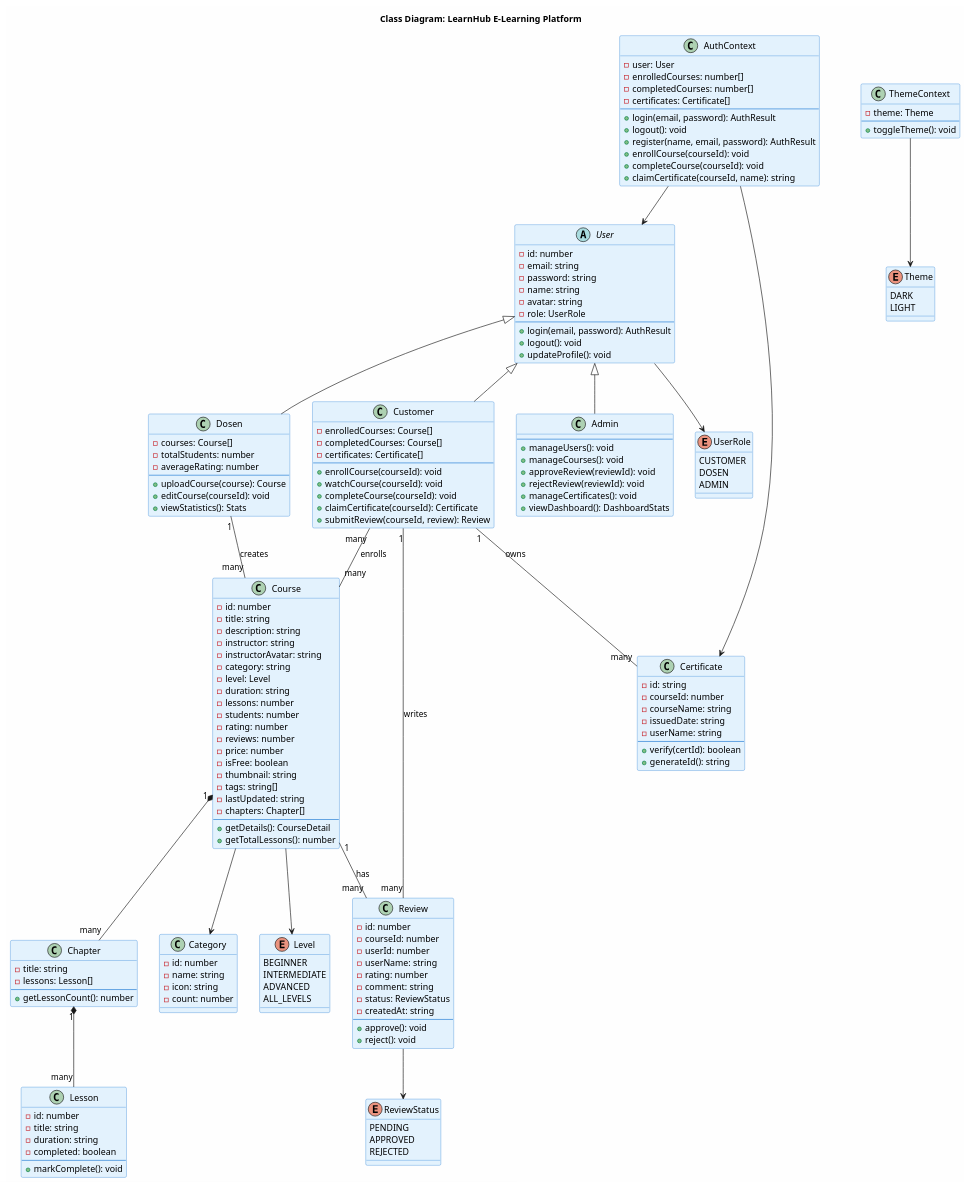
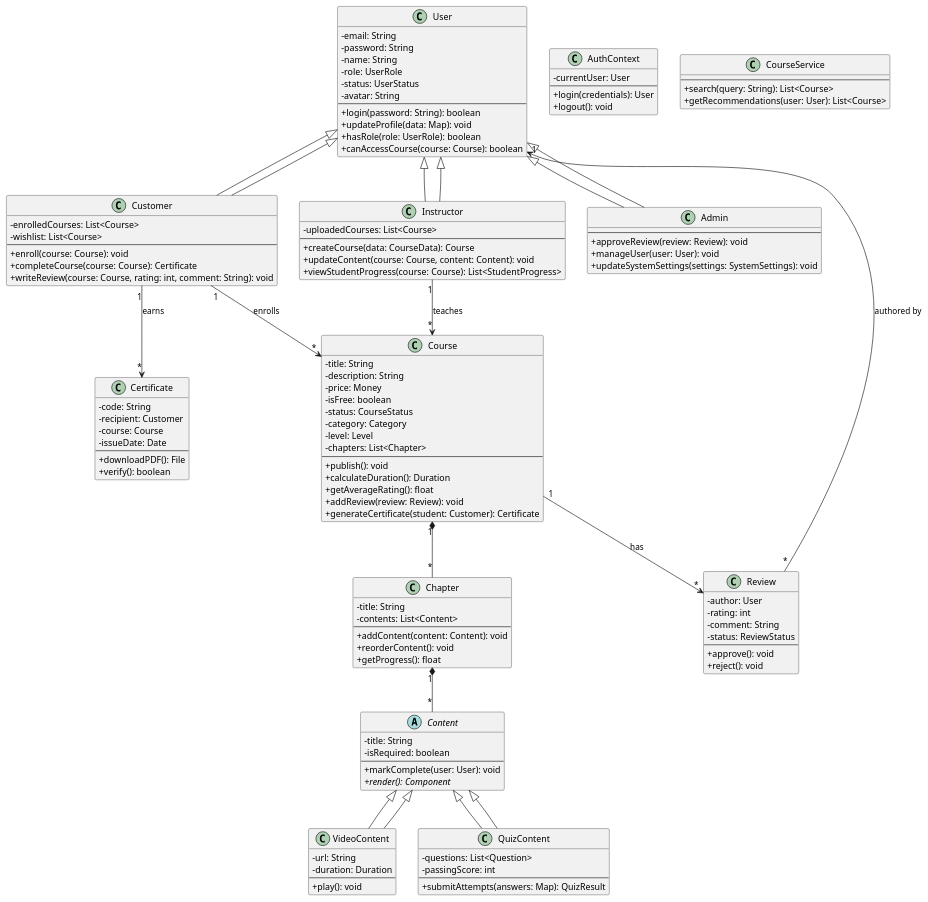
The diagram in docs/diagrams/class_diagram.puml (RA-122140131-MuhammadSalmanAzizi/iteracurs), drawn with PlantUML before and after one commit. The commit also changed 11 other files, not shown here.

Commit message:
Refactor diagrams: Restructure activity diagrams and update documentation

```diff
--- a/docs/diagrams/class_diagram.puml
+++ b/docs/diagrams/class_diagram.puml
@@ -1,197 +1,146 @@
-@startuml Class Diagram - LearnHub E-Learning Platform
+@startuml Class Diagram
 
-skinparam backgroundColor #FEFEFE
-skinparam classBackgroundColor #E3F2FD
-skinparam classBorderColor #1976D2
-skinparam stereotypeCBackgroundColor #BBDEFB
+skinparam classAttributeIconSize 0
 
-title Class Diagram: LearnHub E-Learning Platform
+' Domain Entities with Behavior
 
-' ========== USER CLASSES ==========
-abstract class User {
-    - id: number
-    - email: string
-    - password: string
-    - name: string
-    - avatar: string
-    - role: UserRole
-    --
-    + login(email, password): AuthResult
-    + logout(): void
-    + updateProfile(): void
+class User {
+  -email: String
+  -password: String
+  -name: String
+  -role: UserRole
+  -status: UserStatus
+  -avatar: String
+  --
+  +login(password: String): boolean
+  +updateProfile(data: Map): void
+  +hasRole(role: UserRole): boolean
+  +canAccessCourse(course: Course): boolean
 }
 
-enum UserRole {
-    CUSTOMER
-    DOSEN
-    ADMIN
+class Customer extends User {
+  -enrolledCourses: List<Course>
+  -wishlist: List<Course>
+  --
+  +enroll(course: Course): void
+  +completeCourse(course: Course): Certificate
+  +writeReview(course: Course, rating: int, comment: String): void
 }
 
-class Customer {
-    - enrolledCourses: Course[]
-    - completedCourses: Course[]
-    - certificates: Certificate[]
-    --
-    + enrollCourse(courseId): void
-    + watchCourse(courseId): void
-    + completeCourse(courseId): void
-    + claimCertificate(courseId): Certificate
-    + submitReview(courseId, review): Review
+class Instructor extends User {
+  -uploadedCourses: List<Course>
+  --
+  +createCourse(data: CourseData): Course
+  +updateContent(course: Course, content: Content): void
+  +viewStudentProgress(course: Course): List<StudentProgress>
 }
 
-class Dosen {
-    - courses: Course[]
-    - totalStudents: number
-    - averageRating: number
-    --
-    + uploadCourse(course): Course
-    + editCourse(courseId): void
-    + viewStatistics(): Stats
+class Admin extends User {
+  --
+  +approveReview(review: Review): void
+  +manageUser(user: User): void
+  +updateSystemSettings(settings: SystemSettings): void
 }
 
-class Admin {
-    --
-    + manageUsers(): void
-    + manageCourses(): void
-    + approveReview(reviewId): void
-    + rejectReview(reviewId): void
-    + manageCertificates(): void
-    + viewDashboard(): DashboardStats
-}
-
-' ========== COURSE CLASSES ==========
 class Course {
-    - id: number
-    - title: string
-    - description: string
-    - instructor: string
-    - instructorAvatar: string
-    - category: string
-    - level: Level
-    - duration: string
-    - lessons: number
-    - students: number
-    - rating: number
-    - reviews: number
-    - price: number
-    - isFree: boolean
-    - thumbnail: string
-    - tags: string[]
-    - lastUpdated: string
-    - chapters: Chapter[]
-    --
-    + getDetails(): CourseDetail
-    + getTotalLessons(): number
-}
-
-enum Level {
-    BEGINNER
-    INTERMEDIATE
-    ADVANCED
-    ALL_LEVELS
+  -title: String
+  -description: String
+  -price: Money
+  -isFree: boolean
+  -status: CourseStatus
+  -category: Category
+  -level: Level
+  -chapters: List<Chapter>
+  --
+  +publish(): void
+  +calculateDuration(): Duration
+  +getAverageRating(): float
+  +addReview(review: Review): void
+  +generateCertificate(student: Customer): Certificate
 }
 
 class Chapter {
-    - title: string
-    - lessons: Lesson[]
-    --
-    + getLessonCount(): number
+  -title: String
+  -contents: List<Content>
+  --
+  +addContent(content: Content): void
+  +reorderContent(): void
+  +getProgress(): float
 }
 
-class Lesson {
-    - id: number
-    - title: string
-    - duration: string
-    - completed: boolean
-    --
-    + markComplete(): void
+abstract class Content {
+  -title: String
+  -isRequired: boolean
+  --
+  +markComplete(user: User): void
+  {abstract} +render(): Component
 }
 
-class Category {
-    - id: number
-    - name: string
-    - icon: string
-    - count: number
+class VideoContent extends Content {
+  -url: String
+  -duration: Duration
+  --
+  +play(): void
 }
 
-' ========== REVIEW & CERTIFICATE ==========
-class Review {
-    - id: number
-    - courseId: number
-    - userId: number
-    - userName: string
-    - rating: number
-    - comment: string
-    - status: ReviewStatus
-    - createdAt: string
-    --
-    + approve(): void
-    + reject(): void
+class QuizContent extends Content {
+  -questions: List<Question>
+  -passingScore: int
+  --
+  +submitAttempts(answers: Map): QuizResult
 }
 
-enum ReviewStatus {
-    PENDING
-    APPROVED
-    REJECTED
+class Review {
+  -author: User
+  -rating: int
+  -comment: String
+  -status: ReviewStatus
+  --
+  +approve(): void
+  +reject(): void
 }
 
 class Certificate {
-    - id: string
-    - courseId: number
-    - courseName: string
-    - issuedDate: string
-    - userName: string
-    --
-    + verify(certId): boolean
-    + generateId(): string
+  -code: String
+  -recipient: Customer
+  -course: Course
+  -issueDate: Date
+  --
+  +downloadPDF(): File
+  +verify(): boolean
 }
 
-' ========== CONTEXT/STATE ==========
+' Services / Contexts (Logic Containers)
+
 class AuthContext {
-    - user: User
-    - enrolledCourses: number[]
-    - completedCourses: number[]
-    - certificates: Certificate[]
-    --
-    + login(email, password): AuthResult
-    + logout(): void
-    + register(name, email, password): AuthResult
-    + enrollCourse(courseId): void
-    + completeCourse(courseId): void
-    + claimCertificate(courseId, name): string
+  -currentUser: User
+  --
+  +login(credentials): User
+  +logout(): void
 }
 
-class ThemeContext {
-    - theme: Theme
-    --
-    + toggleTheme(): void
+class CourseService {
+  --
+  +search(query: String): List<Course>
+  +getRecommendations(user: User): List<Course>
 }
 
-enum Theme {
-    DARK
-    LIGHT
-}
+' Relationships
 
-' ========== RELATIONSHIPS ==========
 User <|-- Customer
-User <|-- Dosen
+User <|-- Instructor
 User <|-- Admin
-User --> UserRole
 
-Course --> Level
-Course "1" *-- "many" Chapter
-Chapter "1" *-- "many" Lesson
-Course --> Category
+Course "1" *-- "*" Chapter
+Chapter "1" *-- "*" Content
+Content <|-- VideoContent
+Content <|-- QuizContent
 
-Customer "many" -- "many" Course : enrolls
-Dosen "1" -- "many" Course : creates
-Customer "1" -- "many" Certificate : owns
-Customer "1" -- "many" Review : writes
-Course "1" -- "many" Review : has
+Customer "1" --> "*" Course : enrolls
+Customer "1" --> "*" Certificate : earns
+Course "1" --> "*" Review : has
+Review "*" --> "1" User : authored by
 
-Review --> ReviewStatus
-AuthContext --> User
-AuthContext --> Certificate
-ThemeContext --> Theme
+Instructor "1" --> "*" Course : teaches
 
 @enduml
```
